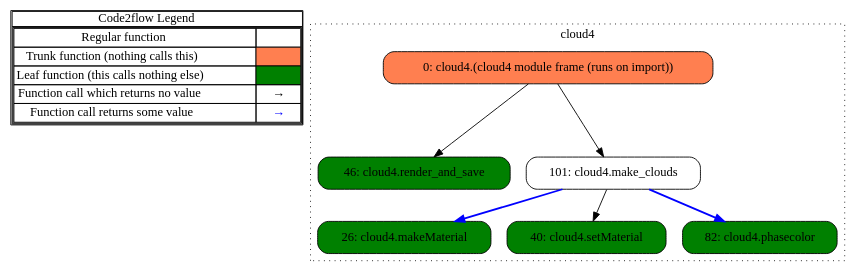
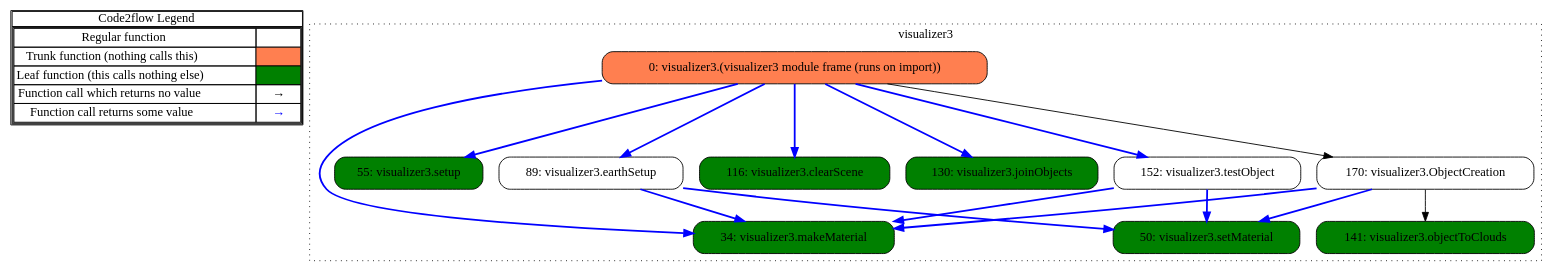
Before and after one commit to JohnPhamous/JPL2016: the diagram in out.gv, drawn with Graphviz. The commit also changed 20 other files, not shown here.

```diff
--- a/out.gv
+++ b/out.gv
@@ -1,33 +1,46 @@
 digraph G {
 concentrate = true;
 			subgraph legend{
 			rank = min;
 			label = "legend";
 			Legend [shape=none, margin=0, label = <
 				<table cellspacing="0" cellpadding="0" border="1"><tr><td>Code2flow Legend</td></tr><tr><td>
 				<table cellspacing="0">
 				<tr><td>Regular function</td><td width="50px"></td></tr>
 				<tr><td>Trunk function (nothing calls this)</td><td bgcolor='coral'></td></tr>
 				<tr><td>Leaf function (this calls nothing else)</td><td bgcolor='green'></td></tr>
 				<tr><td>Function call which returns no value</td><td>&#8594;</td></tr>
 				<tr><td>Function call returns some value</td><td><font color='blue'>&#8594;</font></td></tr>
 				</table></td></tr></table>
-				>];}node1 [splines=ortho shape = "rect" style = "rounded,filled" fillcolor = "green" label = "26: cloud4.makeMaterial" ];
-node2 [splines=ortho shape = "rect" style = "rounded,filled" fillcolor = "green" label = "40: cloud4.setMaterial" ];
-node3 [splines=ortho shape = "rect" style = "rounded,filled" fillcolor = "green" label = "46: cloud4.render_and_save" ];
-node4 [splines=ortho shape = "rect" style = "rounded,filled" fillcolor = "green" label = "82: cloud4.phasecolor" ];
-node5 [splines=ortho shape = "rect" style = "rounded" label = "101: cloud4.make_clouds" ];
-node6 [splines=ortho shape = "rect" style = "rounded,filled" fillcolor = "coral" label = "0: cloud4.(cloud4 module frame (runs on import))" ];
-node5 -> node1 [color="blue" penwidth="2"];
-node5 -> node2;
-node5 -> node4 [color="blue" penwidth="2"];
-node6 -> node3;
-node6 -> node5;
-subgraph clustercloud40{
-node1 node2 node3 node4 node5 node6 ;
-label="cloud4";
+				>];}node1 [splines=ortho shape = "rect" style = "rounded,filled" fillcolor = "green" label = "34: visualizer3.makeMaterial" ];
+node2 [splines=ortho shape = "rect" style = "rounded,filled" fillcolor = "green" label = "50: visualizer3.setMaterial" ];
+node3 [splines=ortho shape = "rect" style = "rounded,filled" fillcolor = "green" label = "55: visualizer3.setup" ];
+node4 [splines=ortho shape = "rect" style = "rounded" label = "89: visualizer3.earthSetup" ];
+node5 [splines=ortho shape = "rect" style = "rounded,filled" fillcolor = "green" label = "116: visualizer3.clearScene" ];
+node7 [splines=ortho shape = "rect" style = "rounded,filled" fillcolor = "green" label = "130: visualizer3.joinObjects" ];
+node8 [splines=ortho shape = "rect" style = "rounded,filled" fillcolor = "green" label = "141: visualizer3.objectToClouds" ];
+node10 [splines=ortho shape = "rect" style = "rounded" label = "152: visualizer3.testObject" ];
+node11 [splines=ortho shape = "rect" style = "rounded" label = "170: visualizer3.ObjectCreation" ];
+node12 [splines=ortho shape = "rect" style = "rounded,filled" fillcolor = "coral" label = "0: visualizer3.(visualizer3 module frame (runs on import))" ];
+node4 -> node1 [color="blue" penwidth="2"];
+node4 -> node2 [color="blue" penwidth="2"];
+node10 -> node1 [color="blue" penwidth="2"];
+node10 -> node2 [color="blue" penwidth="2"];
+node11 -> node1 [color="blue" penwidth="2"];
+node11 -> node2 [color="blue" penwidth="2"];
+node11 -> node8;
+node12 -> node1 [color="blue" penwidth="2"];
+node12 -> node3 [color="blue" penwidth="2"];
+node12 -> node4 [color="blue" penwidth="2"];
+node12 -> node5 [color="blue" penwidth="2"];
+node12 -> node7 [color="blue" penwidth="2"];
+node12 -> node10 [color="blue" penwidth="2"];
+node12 -> node11;
+subgraph clustervisualizer30{
+node1 node2 node3 node4 node5 node7 node8 node10 node11 node12 ;
+label="visualizer3";
 style=filled;
 color=black;
 graph[style=dotted];
 };
 }
```
